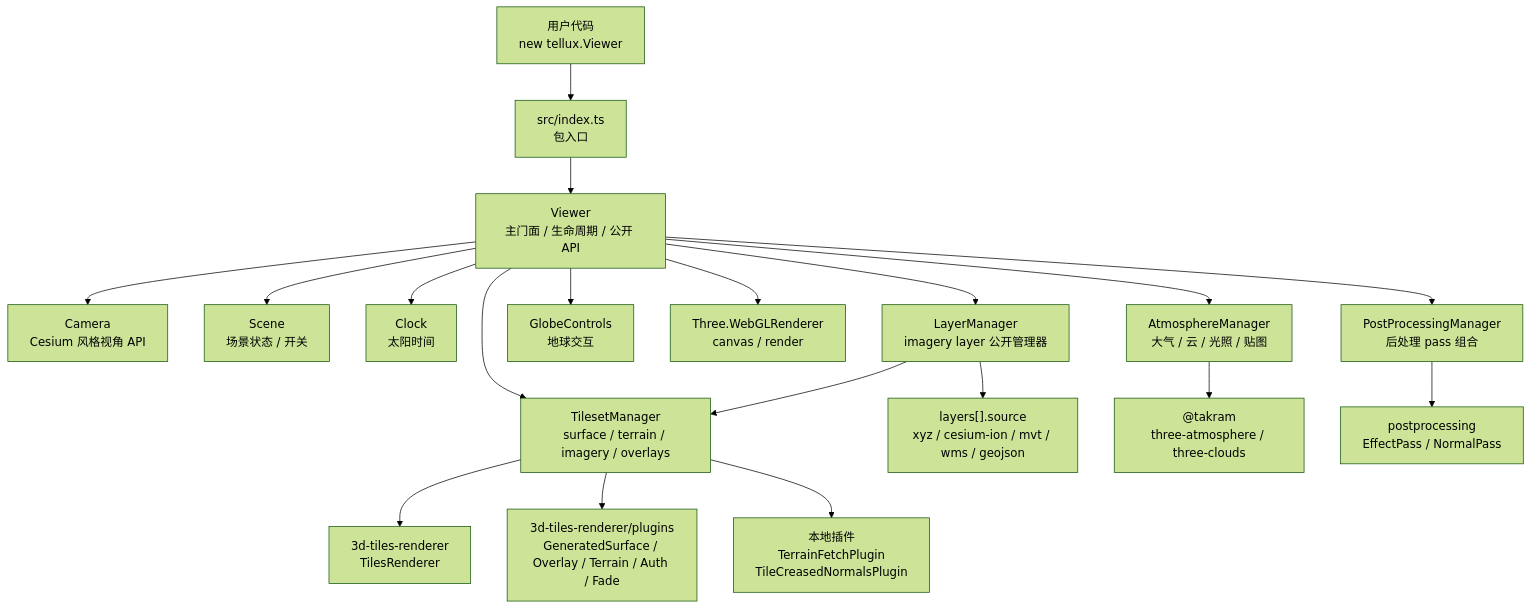
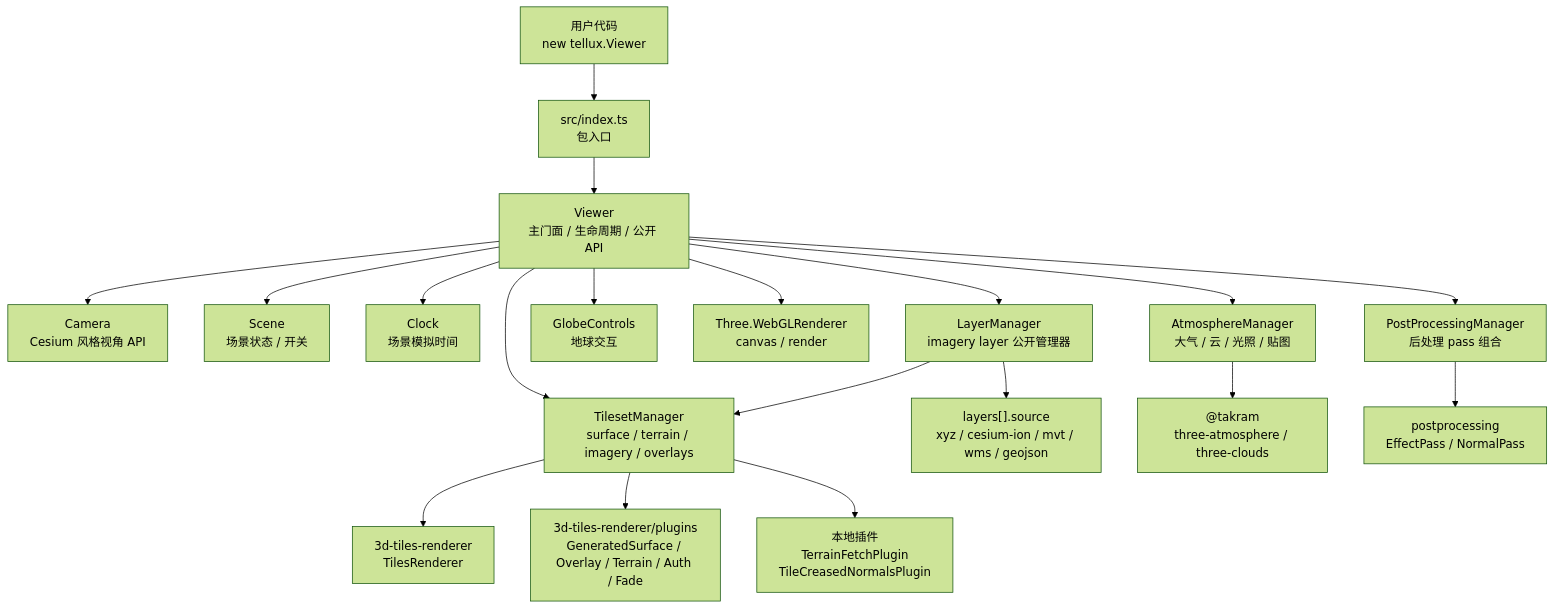
One commit to cyanfish-x/tellux changed the first of 4 diagrams in notes/架构/项目架构.md. Above: the diagram before and after it, drawn with Mermaid (forest theme). The commit also changed other lines of this file and 26 other files, not shown here.

````diff
--- a/notes/架构/项目架构.md
+++ b/notes/架构/项目架构.md
@@ -9,25 +9,25 @@
 ```mermaid
 flowchart TB
   User["用户代码<br/>new tellux.Viewer"] --> Entry["src/index.ts<br/>包入口"]
   Entry --> Viewer["Viewer<br/>主门面 / 生命周期 / 公开 API"]
 
   Viewer --> Camera["Camera<br/>Cesium 风格视角 API"]
   Viewer --> Scene["Scene<br/>场景状态 / 开关"]
-  Viewer --> Clock["Clock<br/>太阳时间"]
+  Viewer --> Clock["Clock<br/>场景模拟时间"]
   Viewer --> LayerManager["LayerManager<br/>imagery layer 公开管理器"]
   Viewer --> Controls["GlobeControls<br/>地球交互"]
   Viewer --> Renderer["Three.WebGLRenderer<br/>canvas / render"]
 
   Viewer --> TilesetManager["TilesetManager<br/>surface / terrain / imagery / overlays"]
   Viewer --> AtmosphereManager["AtmosphereManager<br/>大气 / 云 / 光照 / 贴图"]
   Viewer --> PostProcessingManager["PostProcessingManager<br/>后处理 pass 组合"]
 
   TilesetManager --> TilesRenderer["3d-tiles-renderer<br/>TilesRenderer"]
   LayerManager --> TilesetManager
   TilesetManager --> RendererPlugins["3d-tiles-renderer/plugins<br/>GeneratedSurface / Overlay / Terrain / Auth / Fade"]
   TilesetManager --> LocalPlugins["本地插件<br/>TerrainFetchPlugin<br/>TileCreasedNormalsPlugin"]
   LayerManager --> Sources["layers[].source<br/>xyz / cesium-ion / mvt / wms / geojson"]
 
   AtmosphereManager --> Takram["@takram<br/>three-atmosphere / three-clouds"]
   PostProcessingManager --> Postprocessing["postprocessing<br/>EffectPass / NormalPass"]
 ```
````
